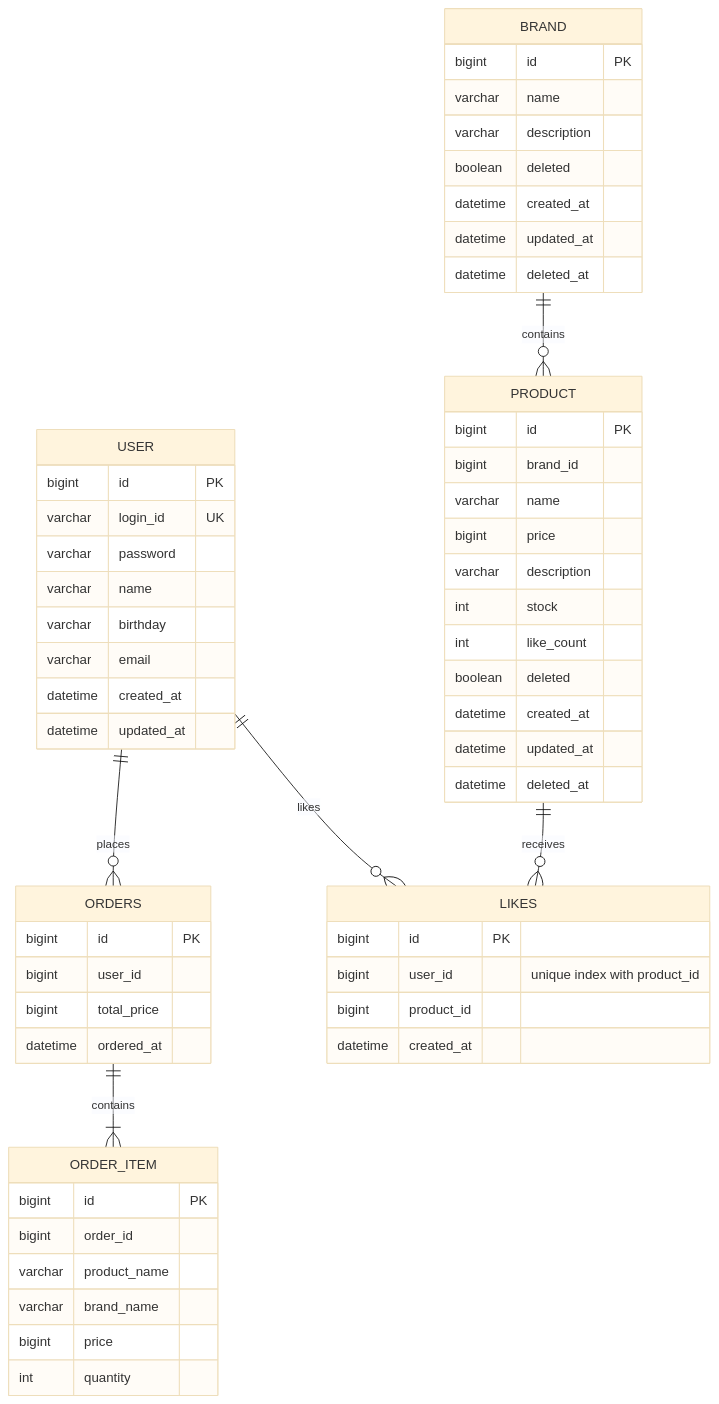
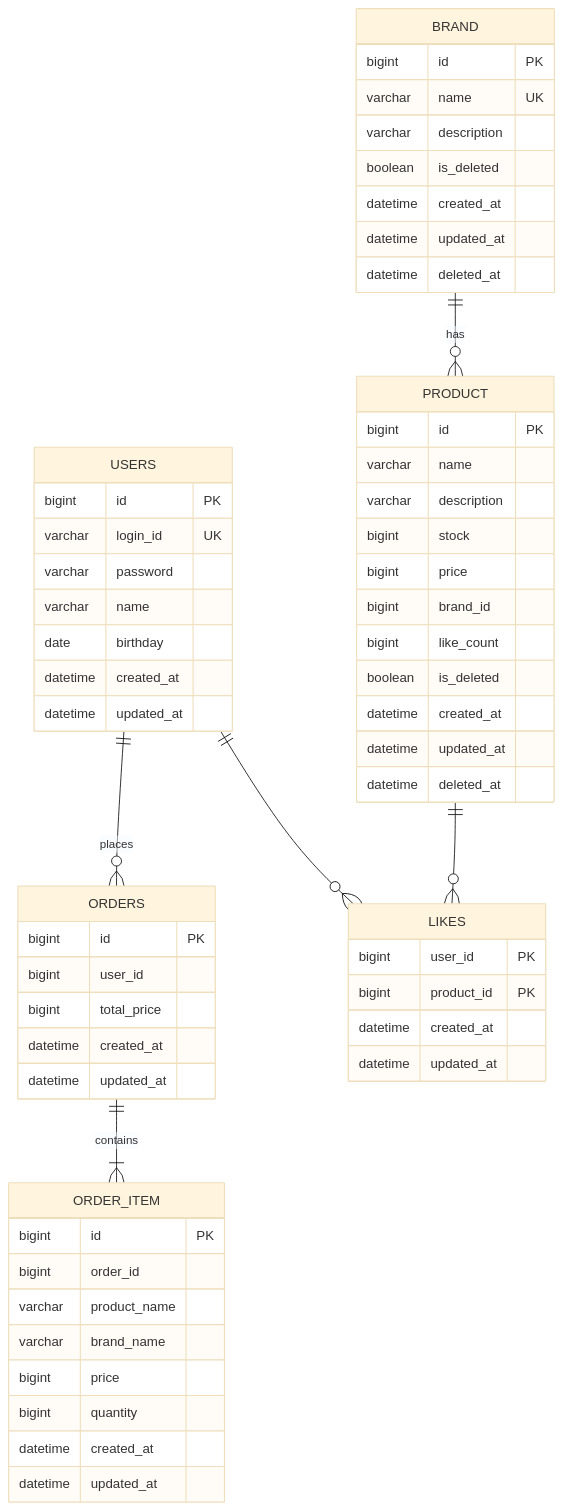
Before and after one commit to seonminKim1122/loop-pack-be-l2-vol3-java: the diagram in .docs/design/04-erd.md, drawn with Mermaid (base theme). The commit also changed 3 other files, not shown here.

Commit message:
docs: 요구사항정의서, 시퀀스다이어그램, 클래스다이어그램, ERD 수정

````diff
--- a/.docs/design/04-erd.md
+++ b/.docs/design/04-erd.md
@@ -8,66 +8,68 @@
 ```mermaid
 erDiagram
-    USER {
+    USERS {
         bigint id PK
         varchar login_id UK
         varchar password
         varchar name
-        varchar birthday
-        varchar email
+        date birthday
         datetime created_at
         datetime updated_at
     }
-
+    
     BRAND {
         bigint id PK
-        varchar name
+        varchar name UK
         varchar description
-        boolean deleted
+        boolean is_deleted
         datetime created_at
         datetime updated_at
         datetime deleted_at
     }
-
+    
     PRODUCT {
         bigint id PK
+        varchar name
+        varchar description
+        bigint stock
+        bigint price
         bigint brand_id
-        varchar name 
-        bigint price
-        varchar description
-        int stock
-        int like_count
-        boolean deleted
+        bigint like_count
+        boolean is_deleted
         datetime created_at
         datetime updated_at
         datetime deleted_at
     }
-
+    
+    LIKES {
+        bigint user_id PK
+        bigint product_id PK
+        datetime created_at
+        datetime updated_at
+    }
+    
     ORDERS {
         bigint id PK
         bigint user_id
         bigint total_price
-        datetime ordered_at
+        datetime created_at
+        datetime updated_at
     }
-
+    
     ORDER_ITEM {
         bigint id PK
         bigint order_id
         varchar product_name
         varchar brand_name
         bigint price
-        int quantity
+        bigint quantity
+        datetime created_at
+        datetime updated_at
     }
 
-    LIKES {
-        bigint id PK
-        bigint user_id "unique index with product_id"
-        bigint product_id
-        datetime created_at
-    }
-
-    USER ||--o{ ORDERS : "places"
-    USER ||--o{ LIKES : "likes"
-    BRAND ||--o{ PRODUCT : "contains"
+    USERS ||--o{ ORDERS : "places"
+    USERS ||--o{ LIKES : ""
     ORDERS ||--|{ ORDER_ITEM : "contains"
-    PRODUCT ||--o{ LIKES : "receives"
+    PRODUCT ||--o{ LIKES : ""
+    BRAND ||--o{ PRODUCT : "has"
 ```
````
